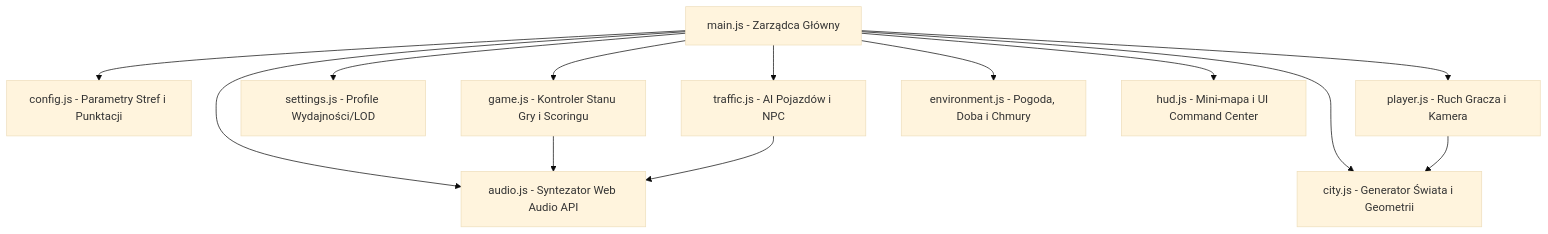
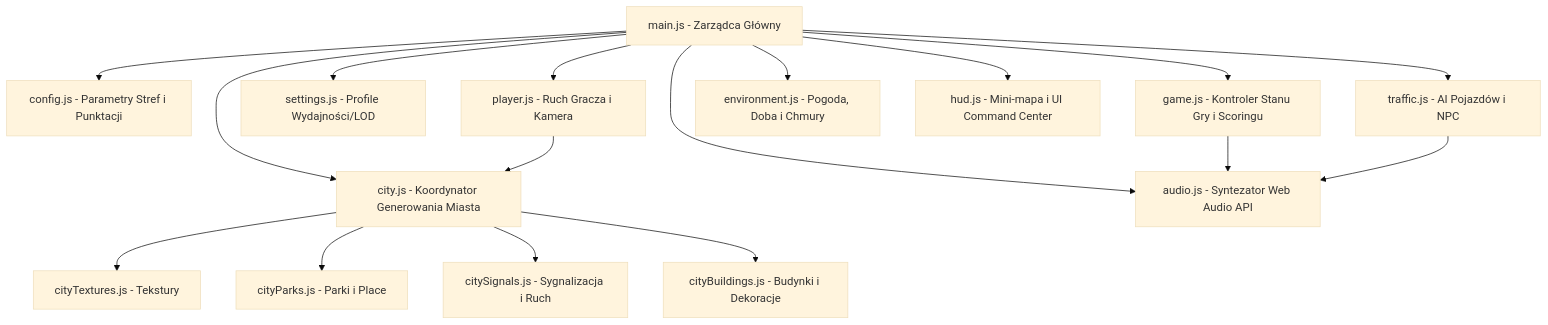
The diagram in README.md (Oskie5802/motorola), drawn with Mermaid (base theme) before and after one commit. The commit also changed other lines of this file and 18 other files, not shown here.

````diff
--- a/README.md
+++ b/README.md
@@ -13,16 +13,21 @@
 ```mermaid
 graph TD
     main_js[main.js - Zarządca Główny] --> config_js[config.js - Parametry Stref i Punktacji]
     main_js --> game_js[game.js - Kontroler Stanu Gry i Scoringu]
     main_js --> settings_js[settings.js - Profile Wydajności/LOD]
-    main_js --> city_js[city.js - Generator Świata i Geometrii]
+    main_js --> city_js[city.js - Koordynator Generowania Miasta]
     main_js --> traffic_js[traffic.js - AI Pojazdów i NPC]
     main_js --> player_js[player.js - Ruch Gracza i Kamera]
     main_js --> environment_js[environment.js - Pogoda, Doba i Chmury]
     main_js --> hud_js[hud.js - Mini-mapa i UI Command Center]
     main_js --> audio_js[audio.js - Syntezator Web Audio API]
     
+    city_js --> cityTextures_js[cityTextures.js - Tekstury]
+    city_js --> cityParks_js[cityParks.js - Parki i Place]
+    city_js --> citySignals_js[citySignals.js - Sygnalizacja i Ruch]
+    city_js --> cityBuildings_js[cityBuildings.js - Budynki i Dekoracje]
+    
     game_js --> audio_js
     traffic_js --> audio_js
     player_js --> city_js
 ```
````
